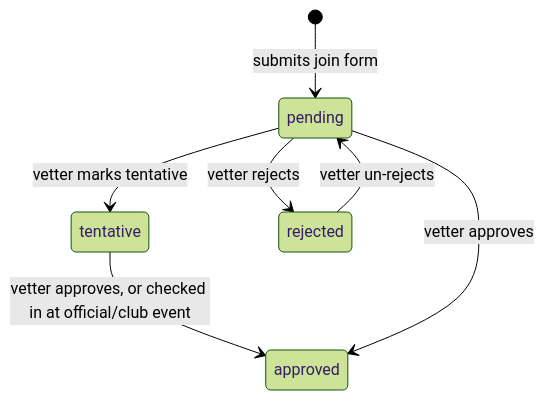
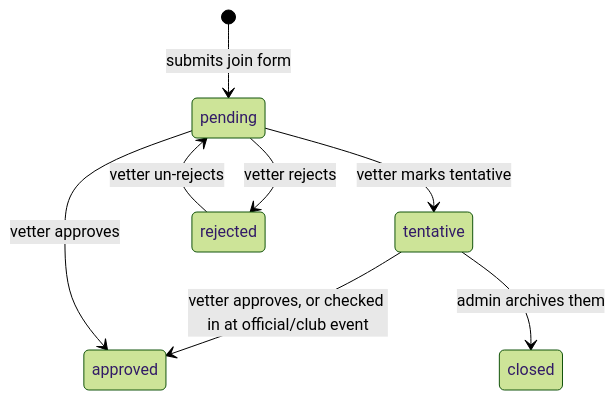
Before and after one commit to ProteinDeficientsAnonymous/pda: the second of 3 diagrams in .claude/docs/user-states.md, drawn with Mermaid (forest theme). The commit also changed other lines of this file and 10 other files, not shown here.

First line of the commit message:
feat(join): close a tentative request when an admin archives them

````diff
--- a/.claude/docs/user-states.md
+++ b/.claude/docs/user-states.md
@@ -88,9 +88,10 @@
 ```mermaid
 stateDiagram-v2
     [*] --> pending: submits join form
     pending --> tentative: vetter marks tentative
     tentative --> approved: vetter approves, or checked in at official/club event
     pending --> approved: vetter approves
     pending --> rejected: vetter rejects
     rejected --> pending: vetter un-rejects
+    tentative --> closed: admin archives them
 ```
````
